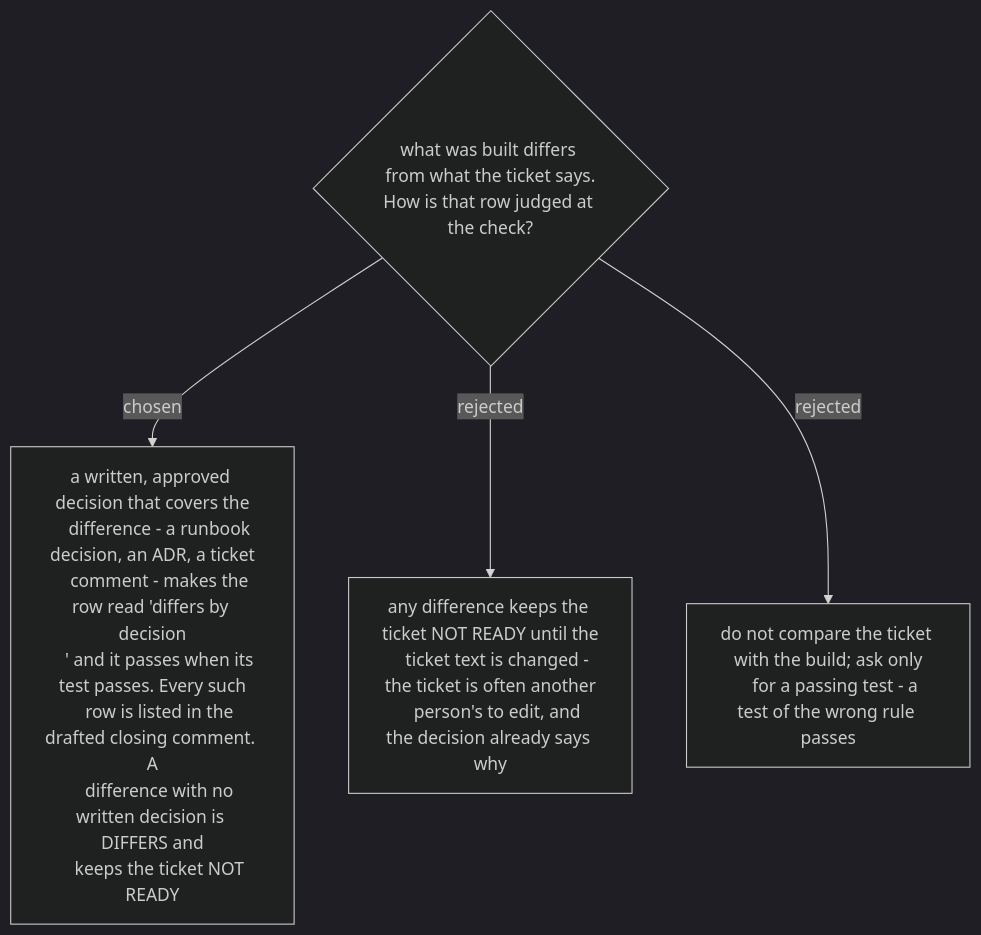
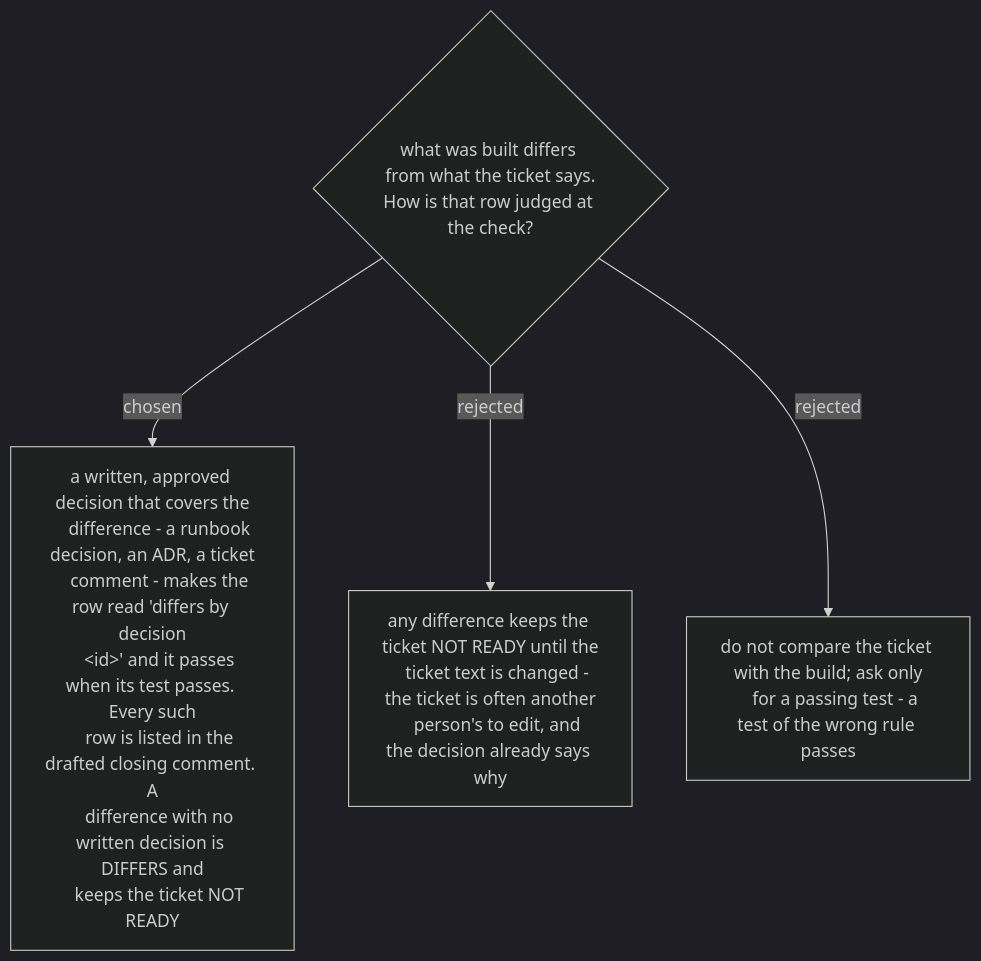
The diagram in docs/adr/workflow-daily-work-0324-a-difference-from-the-ticket-passes-only-under-a-written-decision.md (ThodsaphonSonthiphin/workflow-daily-work), drawn with Mermaid (dark theme) before and after one commit. The commit also changed 10 other files, not shown here.

````diff
--- a/docs/adr/workflow-daily-work-0324-a-difference-from-the-ticket-passes-only-under-a-written-decision.md
+++ b/docs/adr/workflow-daily-work-0324-a-difference-from-the-ticket-passes-only-under-a-written-decision.md
@@ -3,15 +3,15 @@
 ```mermaid
 flowchart TD
     Q{"what was built differs from what the ticket says.<br/>How is that row judged at the check?"} -->|chosen| A["a written, approved decision that covers the
     difference - a runbook decision, an ADR, a ticket
     comment - makes the row read 'differs by decision
-    <id>' and it passes when its test passes. Every such
+    #lt;id#gt;' and it passes when its test passes. Every such
     row is listed in the drafted closing comment. A
     difference with no written decision is DIFFERS and
     keeps the ticket NOT READY"]
     Q -->|rejected| B["any difference keeps the ticket NOT READY until the
     ticket text is changed - the ticket is often another
     person's to edit, and the decision already says why"]
     Q -->|rejected| C["do not compare the ticket with the build; ask only
     for a passing test - a test of the wrong rule passes"]
 ```
````
